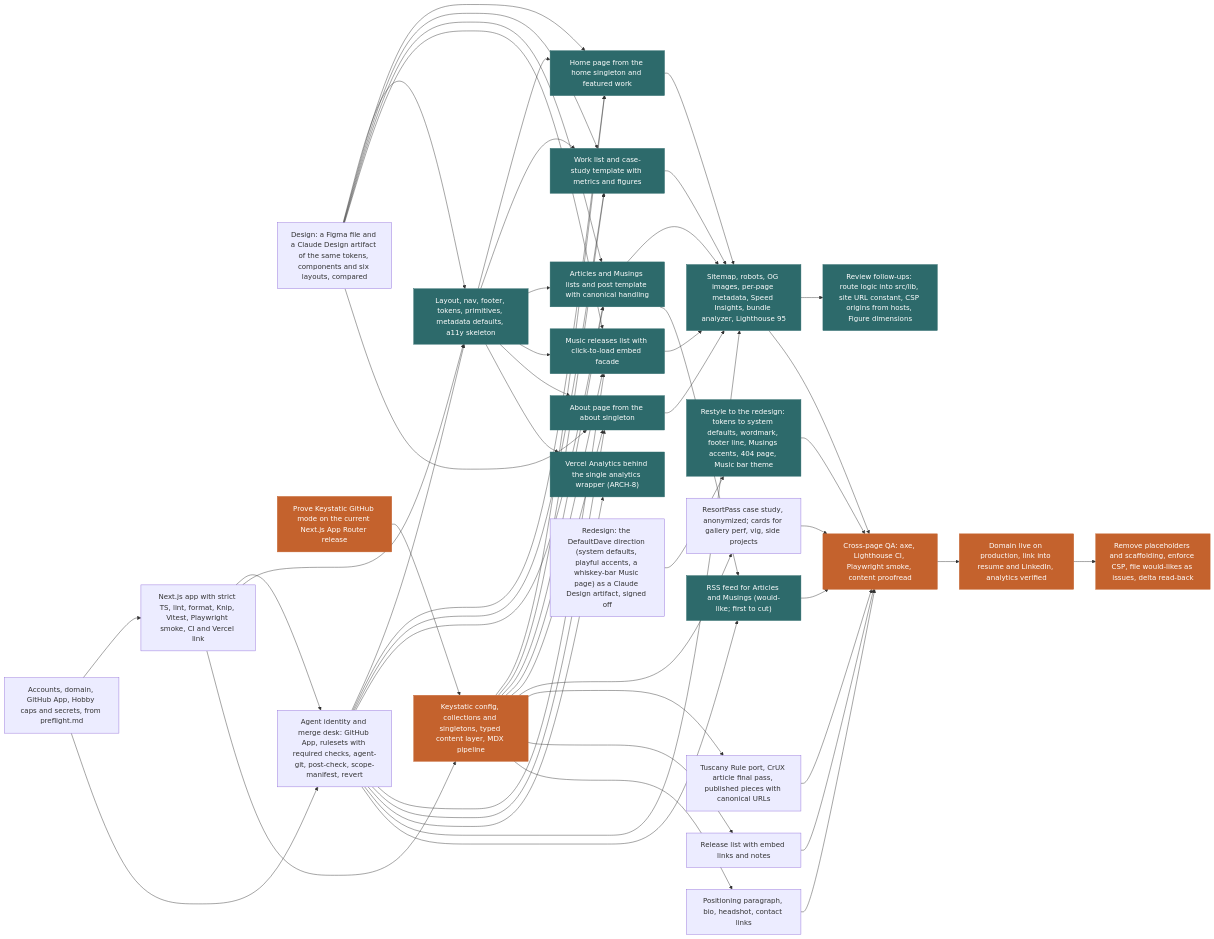
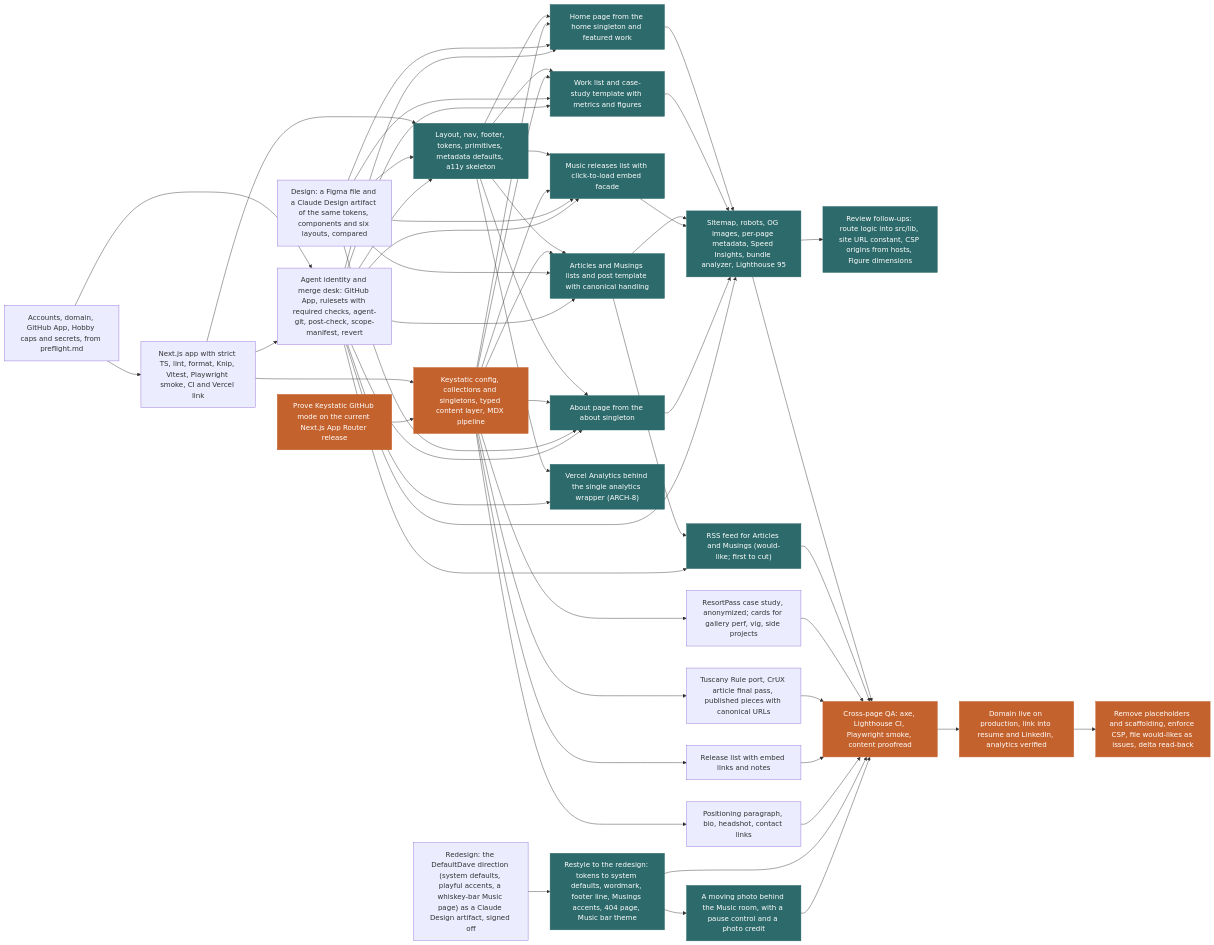
One commit to defaultdave/defaultdave changed the diagram in docs/plan/plan-report.md. Above: the diagram before and after it, drawn with Mermaid. The commit also changed other lines of this file and 4 other files, not shown here.

Commit message:
PM bookkeeping: restyle merged and closed out, music-motion added (#102) (#103)

````diff
--- a/docs/plan/plan-report.md
+++ b/docs/plan/plan-report.md
@@ -127,6 +129,7 @@
   u_feed["RSS feed for Articles and Musings (would-like; first to cut)"]
   u_redesign["Redesign: the DefaultDave direction (system defaults, playful accents, a whiskey-bar Music page) as a Claude Design artifact, signed off"]
   u_restyle["Restyle to the redesign: tokens to system defaults, wordmark, footer line, Musings accents, 404 page, Music bar theme"]
+  u_music_motion["A moving photo behind the Music room, with a pause control and a photo credit"]
   u_qa_pass["Cross-page QA: axe, Lighthouse CI, Playwright smoke, content proofread"]
   u_launch["Domain live on production, link into resume and LinkedIn, analytics verified"]
   u_tail["Remove placeholders and scaffolding, enforce CSP, file would-likes as issues, delta read-back"]
@@ -174,6 +177,7 @@
   u_page_writing --> u_feed
   u_merge_desk --> u_feed
   u_redesign --> u_restyle
+  u_restyle --> u_music_motion
   u_seo_perf --> u_qa_pass
   u_feed --> u_qa_pass
   u_content_work --> u_qa_pass
@@ -181,10 +185,11 @@
   u_content_music --> u_qa_pass
   u_content_home_about --> u_qa_pass
   u_restyle --> u_qa_pass
+  u_music_motion --> u_qa_pass
   u_qa_pass --> u_launch
   u_launch --> u_tail
   classDef critical fill:#c4622d,stroke:#c4622d,color:#ffffff
   classDef fanout fill:#2d6a6b,stroke:#2d6a6b,color:#ffffff
   class u_keystatic_spike,u_cms,u_page_work,u_page_writing,u_seo_perf,u_qa_pass,u_launch,u_tail critical
-  class u_shell,u_page_home,u_page_work,u_page_writing,u_page_music,u_page_about,u_analytics,u_cleanup,u_seo_perf,u_feed,u_restyle fanout
+  class u_shell,u_page_home,u_page_work,u_page_writing,u_page_music,u_page_about,u_analytics,u_cleanup,u_seo_perf,u_feed,u_restyle,u_music_motion fanout
 ```
````
